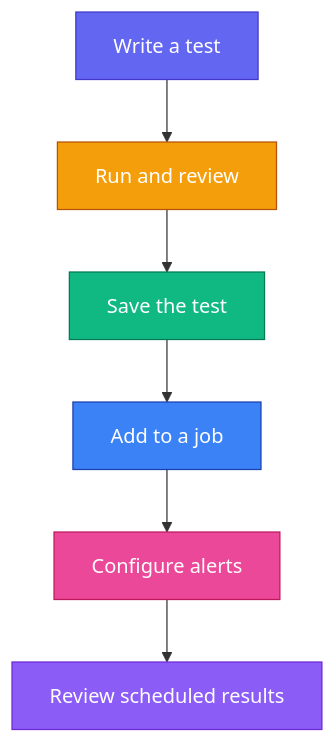
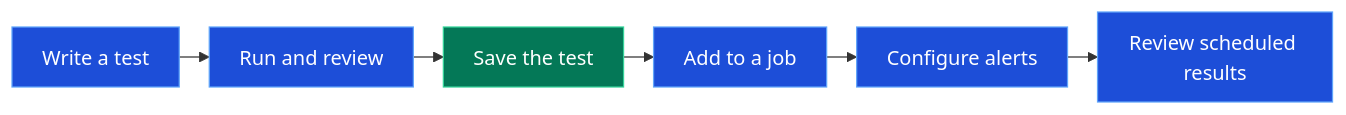
Before and after one commit to supercheck-io/supercheck: the diagram in docs/content/docs/app/automate/index.mdx, drawn with Mermaid. The commit also changed other lines of this file and 5 other files, not shown here.

````diff
--- a/docs/content/docs/app/automate/index.mdx
+++ b/docs/content/docs/app/automate/index.mdx
@@ -111,11 +116,10 @@
 ```mermaid
-flowchart TB
+%%{init: {"flowchart":{"nodeSpacing":20,"rankSpacing":24,"padding":12,"wrappingWidth":140}}}%%
+flowchart LR
     A[Write a test] --> B[Run and review] --> C[Save the test] --> D[Add to a job] --> E[Configure alerts] --> F[Review scheduled results]
 
-    style A fill:#6366f1,stroke:#4338ca,color:#fff
-    style B fill:#f59e0b,stroke:#b45309,color:#fff
-    style C fill:#10b981,stroke:#047857,color:#fff
-    style D fill:#3b82f6,stroke:#1e40af,color:#fff
-    style E fill:#ec4899,stroke:#be185d,color:#fff
-    style F fill:#8b5cf6,stroke:#6d28d9,color:#fff
+    classDef action fill:#1d4ed8,stroke:#60a5fa,color:#fff
+    classDef complete fill:#047857,stroke:#34d399,color:#fff
+    class A,B,D,E,F action
+    class C complete
 ```
````
